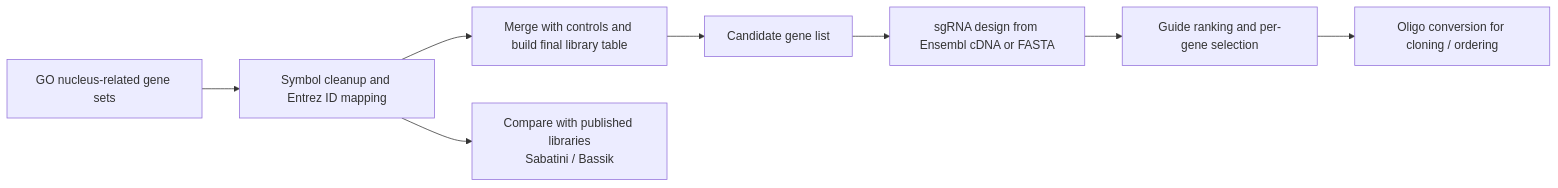
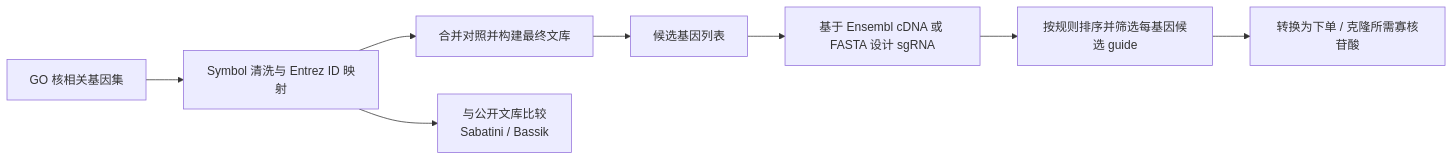
One commit to gzy2520/Library-Construction changed the diagram in README.md. Above: the diagram before and after it, drawn with Mermaid. The commit also changed other lines of this file, not shown here.

````diff
--- a/README.md
+++ b/README.md
@@ -19,10 +19,10 @@
 ```mermaid
 flowchart LR
-    A[GO nucleus-related gene sets] --> B[Symbol cleanup and Entrez ID mapping]
-    B --> C[Merge with controls and build final library table]
-    B --> D[Compare with published libraries<br/>Sabatini / Bassik]
-    C --> E[Candidate gene list]
-    E --> F[sgRNA design from Ensembl cDNA or FASTA]
-    F --> G[Guide ranking and per-gene selection]
-    G --> H[Oligo conversion for cloning / ordering]
+    A["GO 核相关基因集"] --> B["Symbol 清洗与 Entrez ID 映射"]
+    B --> C["合并对照并构建最终文库"]
+    B --> D["与公开文库比较<br/>Sabatini / Bassik"]
+    C --> E["候选基因列表"]
+    E --> F["基于 Ensembl cDNA 或 FASTA 设计 sgRNA"]
+    F --> G["按规则排序并筛选每基因候选 guide"]
+    G --> H["转换为下单 / 克隆所需寡核苷酸"]
 ```
````
